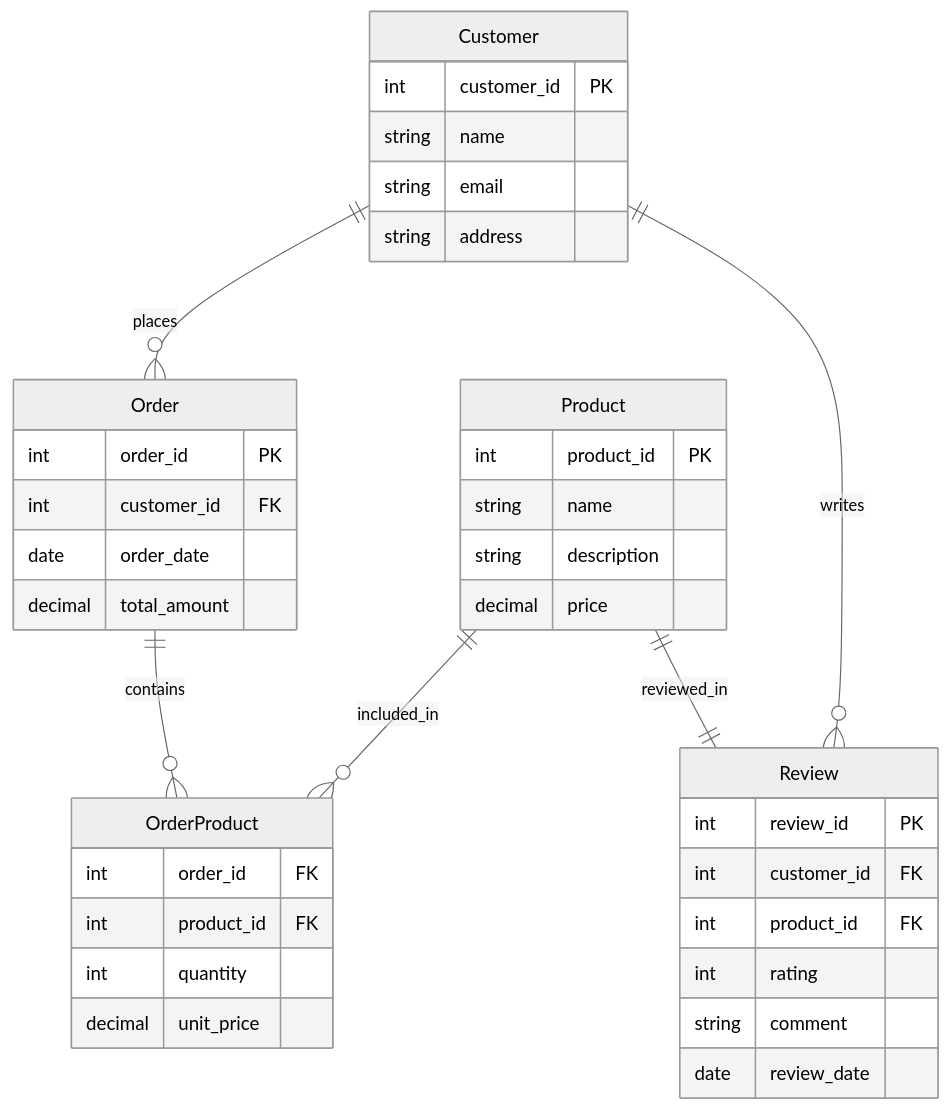
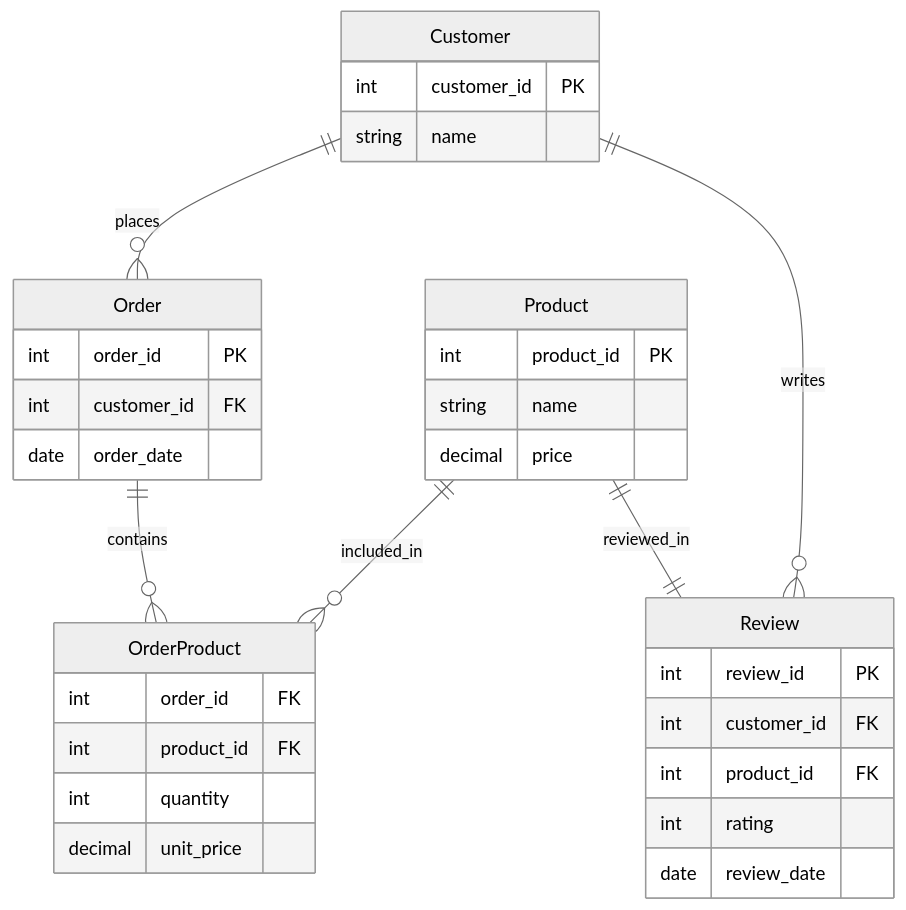
One commit to neo4j-graphacademy/courses changed the diagram in asciidoc/courses/workshop-zero/modules/3-import-data/lessons/1-relational-to-graph/diagrams/ecom-erd.mermaid. Above: the diagram before and after it, drawn with Mermaid (neutral theme). The commit also changed 44 other files, not shown here.

```diff
--- a/asciidoc/courses/workshop-zero/modules/3-import-data/lessons/1-relational-to-graph/diagrams/ecom-erd.mermaid
+++ b/asciidoc/courses/workshop-zero/modules/3-import-data/lessons/1-relational-to-graph/diagrams/ecom-erd.mermaid
@@ -1,43 +1,38 @@
 erDiagram
     Customer {
         int customer_id PK
         string name
-        string email
-        string address
     }
     
     Order {
         int order_id PK
         int customer_id FK
         date order_date
-        decimal total_amount
     }
     
     Product {
         int product_id PK
         string name
-        string description
         decimal price
     }
     
     Review {
         int review_id PK
         int customer_id FK
         int product_id FK
         int rating
-        string comment
         date review_date
     }
     
     OrderProduct {
         int order_id FK
         int product_id FK
         int quantity
         decimal unit_price
     }
     
     Customer ||--o{ Order : "places"
     Order ||--o{ OrderProduct : "contains"
     Product ||--o{ OrderProduct : "included_in"
     Customer ||--o{ Review : "writes"
     Product ||--|| Review : "reviewed_in"
```
